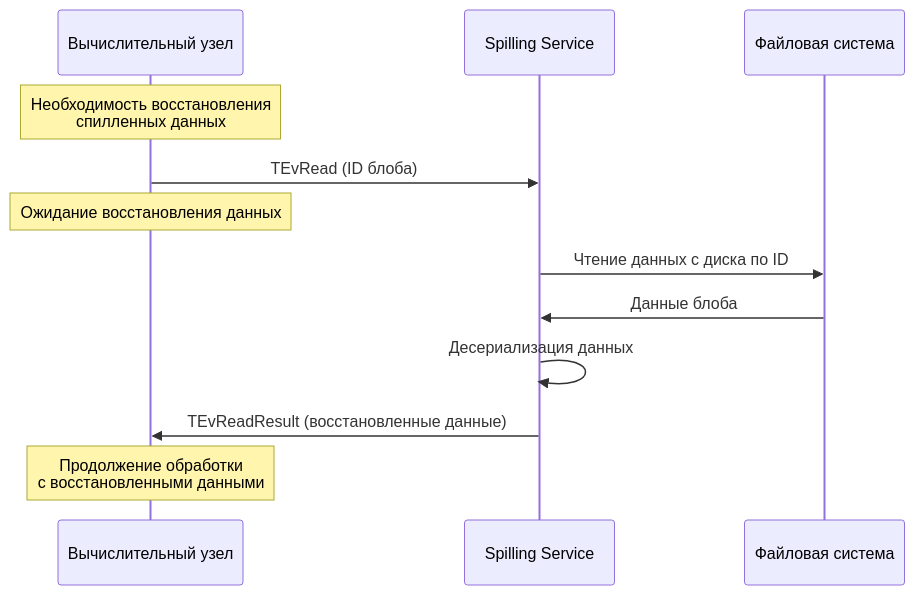
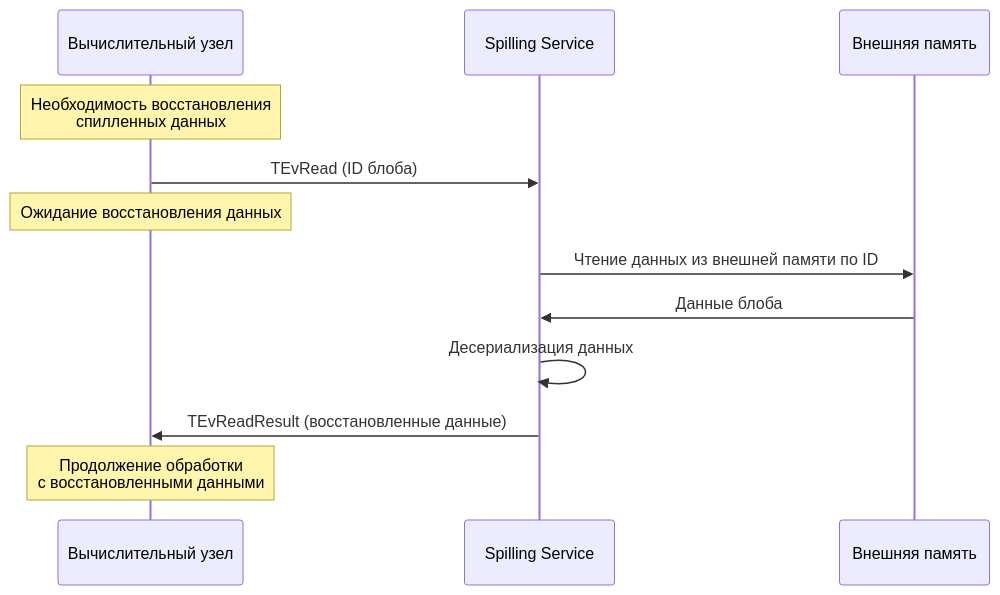
Before and after one commit to ydb-platform/ydb: the second of 2 diagrams in ydb/docs/ru/core/concepts/spilling.md, drawn with Mermaid. The commit also changed other lines of this file and 1 other file, not shown here.

````diff
--- a/ydb/docs/ru/core/concepts/spilling.md
+++ b/ydb/docs/ru/core/concepts/spilling.md
@@ -113,15 +113,15 @@
 ```mermaid
 sequenceDiagram
     participant CN as Вычислительный узел
     participant SS as Spilling Service
-    participant FS as Файловая система
+    participant FS as Внешняя память
 
     Note over CN: Необходимость восстановления<br/>спилленных данных
     CN->>SS: TEvRead (ID блоба)
     Note over CN: Ожидание восстановления данных
-    SS->>FS: Чтение данных с диска по ID
+    SS->>FS: Чтение данных из внешней памяти по ID
     FS->>SS: Данные блоба
     SS->>SS: Десериализация данных
     SS->>CN: TEvReadResult (восстановленные данные)
     Note over CN: Продолжение обработки<br/>с восстановленными данными
 ```
````
